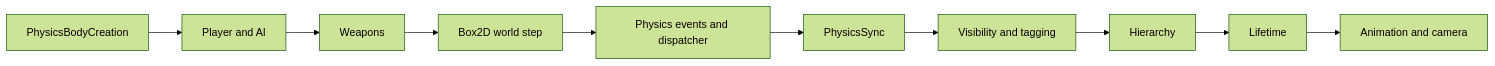
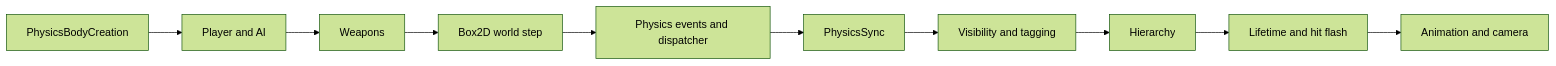
The first of 2 diagrams in docs/ARCHITECTURE.md (R-Scibor/Bajabongo-Engine), drawn with Mermaid (forest theme) before and after one commit. The commit also changed other lines of this file, not shown here.

Commit message:
docs(architecture): align dependency graph with README (game depends on engine)

````diff
--- a/docs/ARCHITECTURE.md
+++ b/docs/ARCHITECTURE.md
@@ -35,12 +35,12 @@
 ```mermaid
 flowchart LR
     create["PhysicsBodyCreation"] --> input["Player and AI"]
     input --> weapons["Weapons"]
     weapons --> step["Box2D world step"]
     step --> events["Physics events and dispatcher"]
     events --> sync["PhysicsSync"]
     sync --> vis["Visibility and tagging"]
     vis --> hier["Hierarchy"]
-    hier --> life["Lifetime"]
+    hier --> life["Lifetime and hit flash"]
     life --> anim["Animation and camera"]
 ```
````
